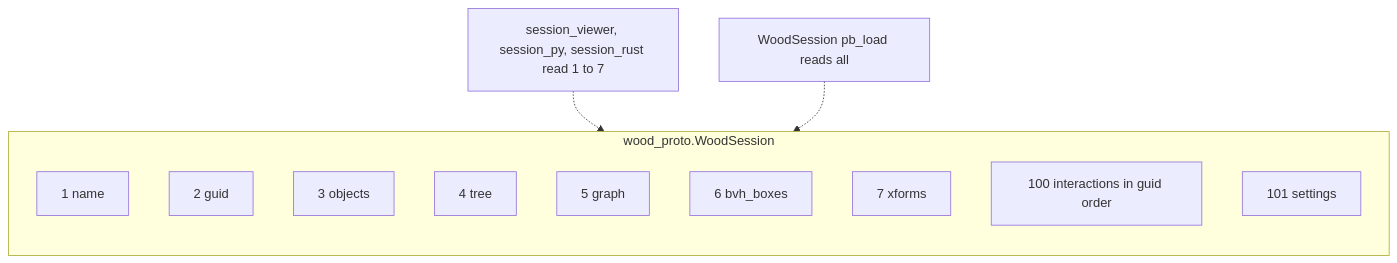
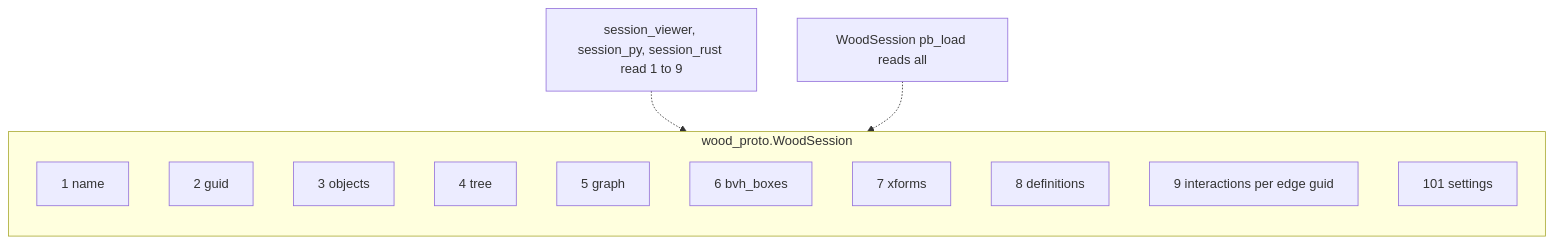
One commit to petrasvestartas/wood changed the seventh of 10 diagrams in src/docs.md. Above: the diagram before and after it, drawn with Mermaid. The commit also changed other lines of this file and 132 other files, not shown here.

Commit message:
wood: interactions derive from the kernel's abstract Interaction (InteractionContact/Feature/Structure and their leaves), WoodSession add/get/has/remove_interaction on elements only, contacts and joints stored per edge, no private helpers

````diff
--- a/src/docs.md
+++ b/src/docs.md
@@ -252,17 +251,18 @@
 ```mermaid
 flowchart TB
     subgraph WS ["wood_proto.WoodSession"]
         direction TB
         F1["1 name"]
         F2["2 guid"]
         F3["3 objects"]
         F4["4 tree"]
         F5["5 graph"]
         F6["6 bvh_boxes"]
         F7["7 xforms"]
-        F100["100 interactions in guid order"]
+        F8["8 definitions"]
+        F9["9 interactions per edge guid"]
         F101["101 settings"]
     end
-    V["session_viewer, session_py, session_rust read 1 to 7"] -.-> F1
+    V["session_viewer, session_py, session_rust read 1 to 9"] -.-> F1
     W["WoodSession pb_load reads all"] -.-> F101
 ```
````
